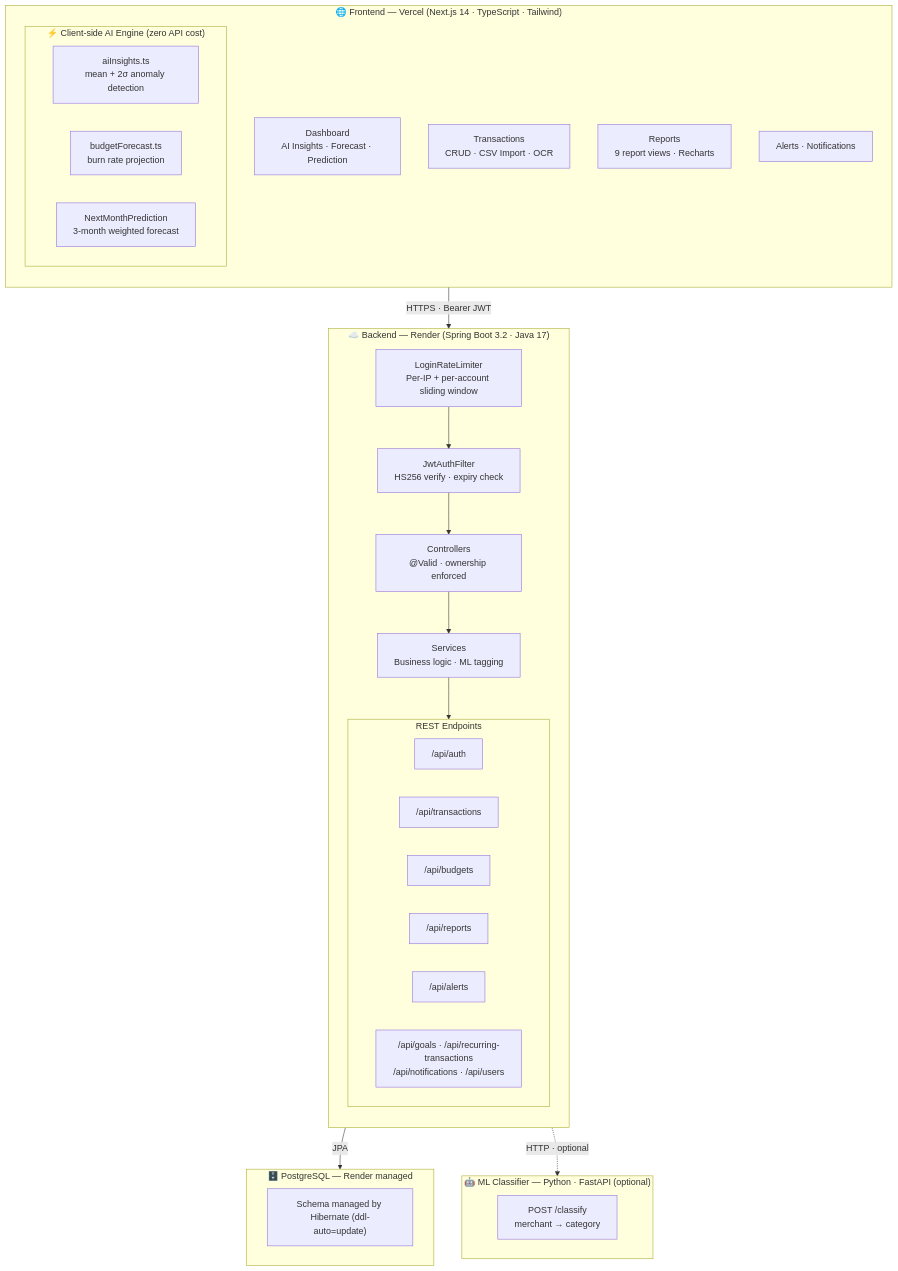
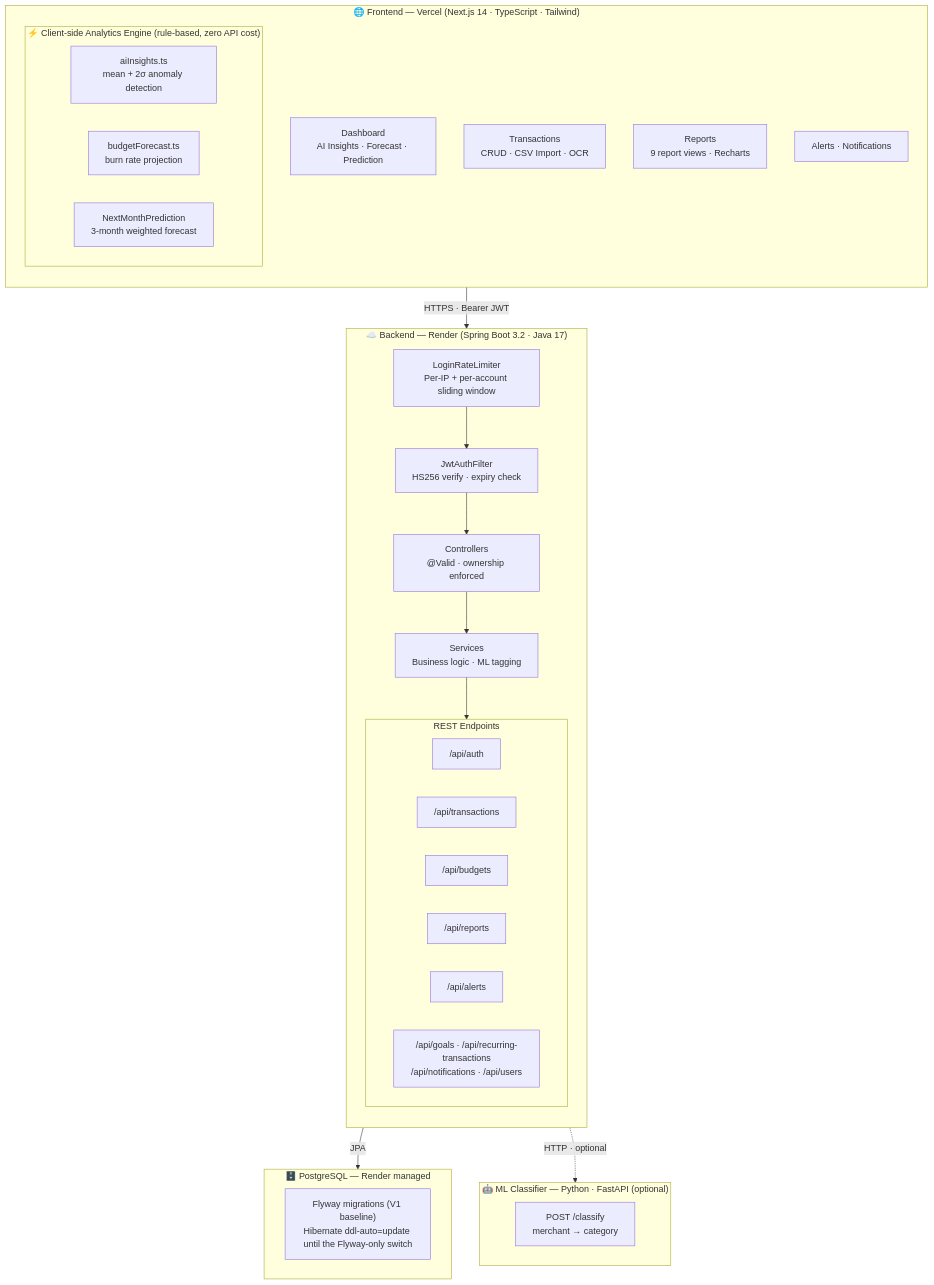
Before and after one commit to GanasalaChandana/FinTrack-AI-Powered-Personal-Finance-Platform: the diagram in README.md, drawn with Mermaid. The commit also changed other lines of this file and 2 other files, not shown here.

First line of the commit message:
docs: describe analytics as rule-based, document Flyway, rewrite deployment guide

````diff
--- a/README.md
+++ b/README.md
@@ -86,46 +89,46 @@
 ```mermaid
 flowchart TD
     subgraph FE["🌐 Frontend — Vercel (Next.js 14 · TypeScript · Tailwind)"]
         direction TB
         dash["Dashboard\nAI Insights · Forecast · Prediction"]
         txn["Transactions\nCRUD · CSV Import · OCR"]
         rep["Reports\n9 report views · Recharts"]
         ale["Alerts · Notifications"]
 
-        subgraph AI["⚡ Client-side AI Engine (zero API cost)"]
+        subgraph AI["⚡ Client-side Analytics Engine (rule-based, zero API cost)"]
             ai1["aiInsights.ts\nmean + 2σ anomaly detection"]
             ai2["budgetForecast.ts\nburn rate projection"]
             ai3["NextMonthPrediction\n3-month weighted forecast"]
         end
     end
 
     subgraph BE["☁️ Backend — Render (Spring Boot 3.2 · Java 17)"]
         direction TB
         rl["LoginRateLimiter\nPer-IP + per-account sliding window"]
         jwt["JwtAuthFilter\nHS256 verify · expiry check"]
         ctrl["Controllers\n@Valid · ownership enforced"]
         svc["Services\nBusiness logic · ML tagging"]
 
         subgraph API["REST Endpoints"]
             a1["/api/auth"]
             a2["/api/transactions"]
             a3["/api/budgets"]
             a4["/api/reports"]
             a5["/api/alerts"]
             a6["/api/goals · /api/recurring-transactions\n/api/notifications · /api/users"]
         end
     end
 
     subgraph DB["🗄️ PostgreSQL — Render managed"]
-        migrations["Schema managed by Hibernate (ddl-auto=update)"]
+        migrations["Flyway migrations (V1 baseline)\nHibernate ddl-auto=update until the Flyway-only switch"]
     end
 
     subgraph ML["🤖 ML Classifier — Python · FastAPI (optional)"]
         classify["POST /classify\nmerchant → category"]
     end
 
     FE -- "HTTPS · Bearer JWT" --> BE
     rl --> jwt --> ctrl --> svc --> API
     svc -- "JPA" --> DB
     svc -. "HTTP · optional" .-> ML
 ```
````
